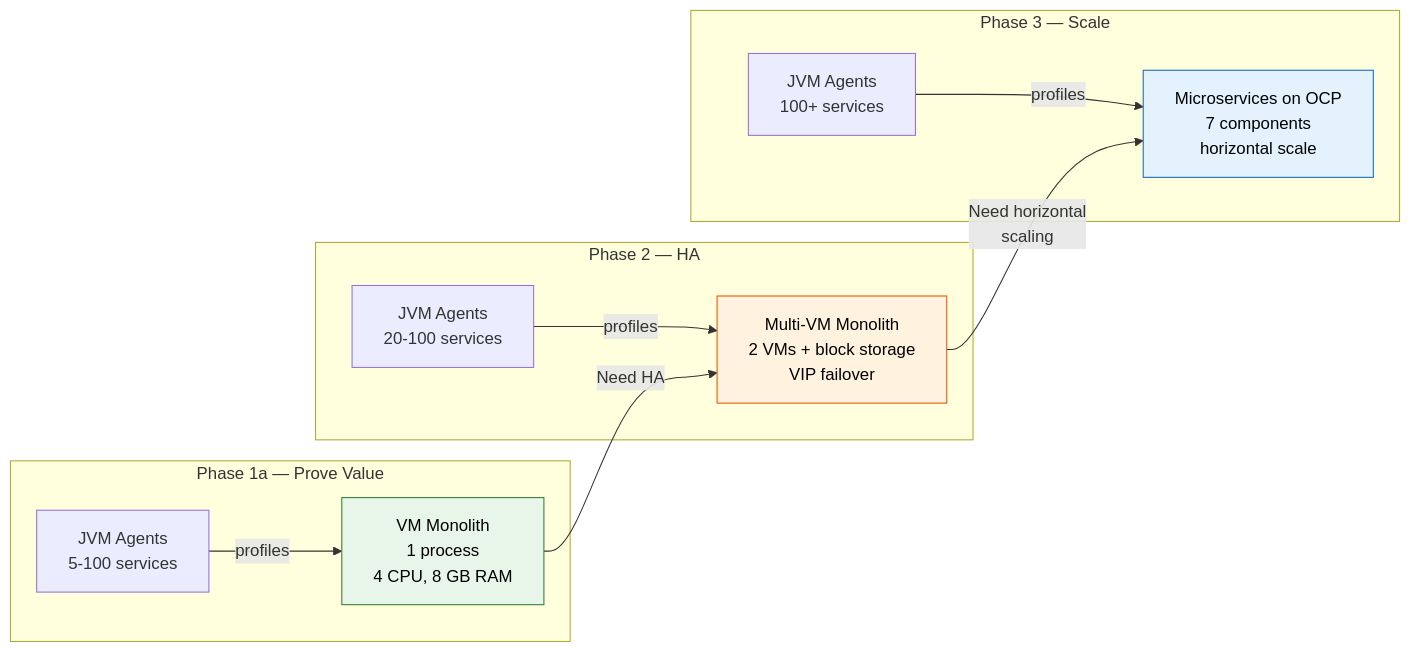
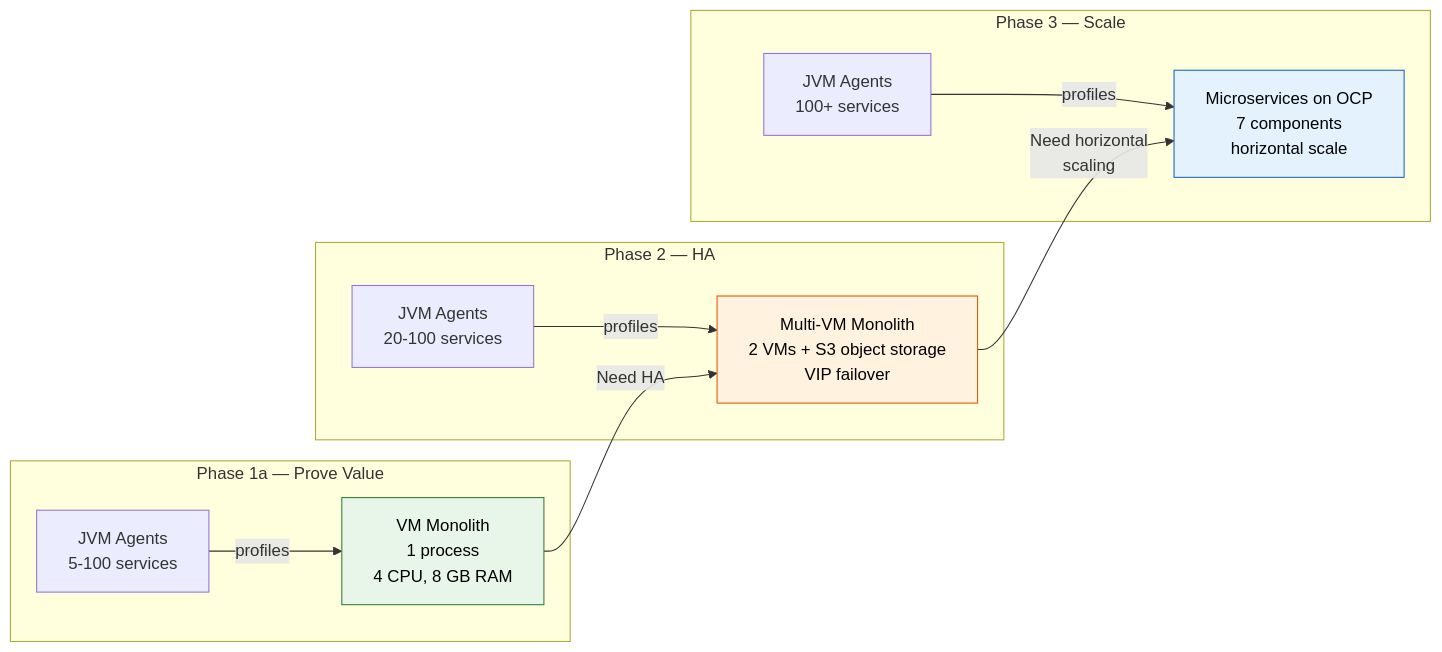
The second of 2 diagrams in docs/what-is-pyroscope.md (aff0gat000/pyroscope), drawn with Mermaid before and after one commit. The commit also changed other lines of this file and 26 other files, not shown here.

First line of the commit message:
Replace block storage with S3-compatible object storage across all docs and configs

````diff
--- a/docs/what-is-pyroscope.md
+++ b/docs/what-is-pyroscope.md
@@ -339,27 +340,27 @@
 ```mermaid
 graph LR
     subgraph "Phase 1a — Prove Value"
         VM["VM Monolith<br/>1 process<br/>4 CPU, 8 GB RAM"]
         Agent1["JVM Agents<br/>5-100 services"]
         Agent1 -->|profiles| VM
     end
 
     subgraph "Phase 2 — HA"
-        MultiVM["Multi-VM Monolith<br/>2 VMs + block storage<br/>VIP failover"]
+        MultiVM["Multi-VM Monolith<br/>2 VMs + S3 object storage<br/>VIP failover"]
         Agent2["JVM Agents<br/>20-100 services"]
         Agent2 -->|profiles| MultiVM
     end
 
     subgraph "Phase 3 — Scale"
         OCP["Microservices on OCP<br/>7 components<br/>horizontal scale"]
         Agent3["JVM Agents<br/>100+ services"]
         Agent3 -->|profiles| OCP
     end
 
     VM -->|"Need HA"| MultiVM
     MultiVM -->|"Need horizontal<br/>scaling"| OCP
 
     style VM fill:#e8f5e9,stroke:#2e7d32,color:#000
     style MultiVM fill:#fff3e0,stroke:#e65100,color:#000
     style OCP fill:#e3f2fd,stroke:#1565c0,color:#000
 ```
````
